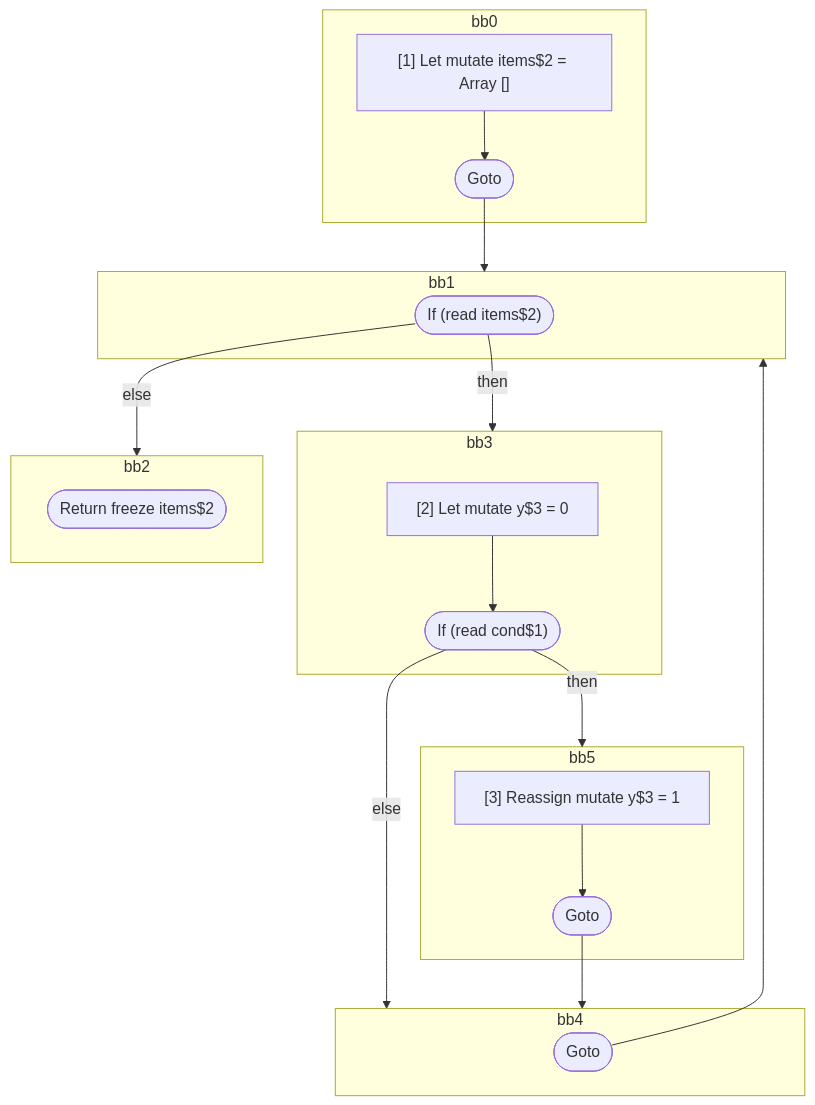
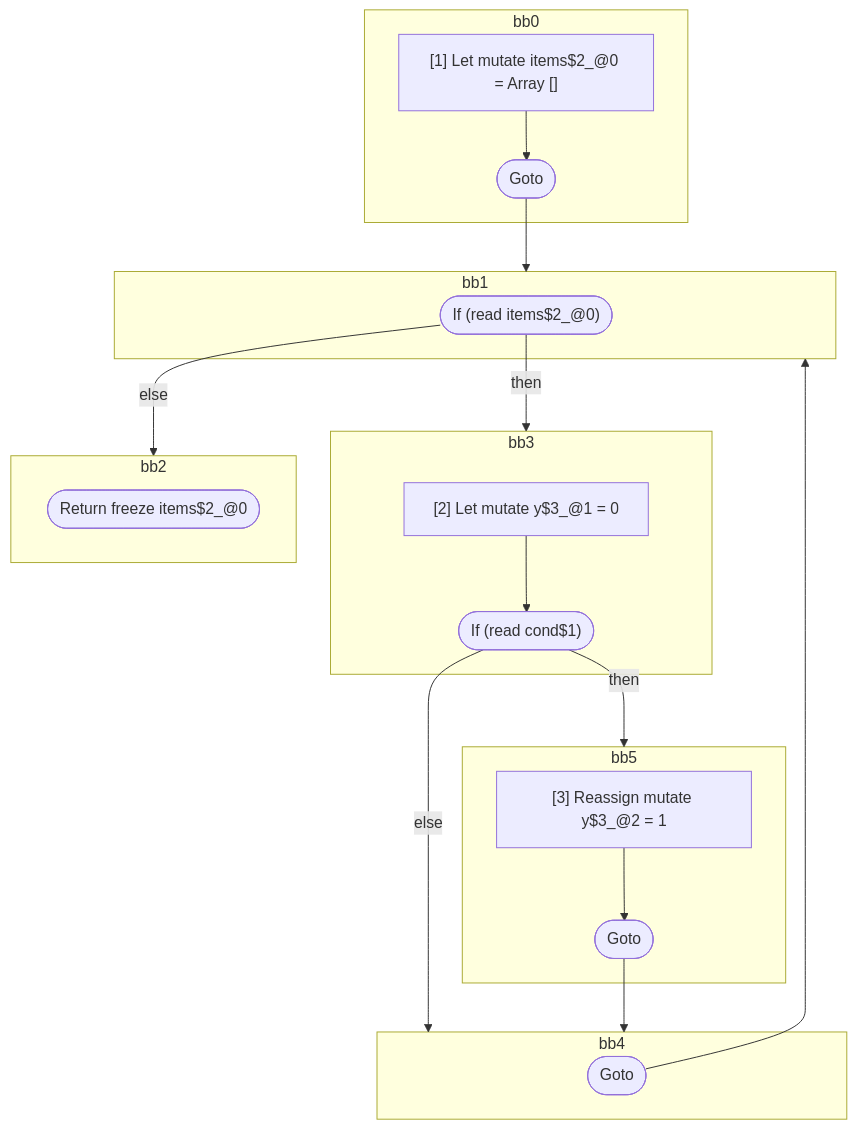
One commit to wutsmog/private changed the diagram in compiler/forget/src/__tests__/fixtures/hir/ssa-for-of.expect.md. Above: the diagram before and after it, drawn with Mermaid. The commit also changed other lines of this file and 60 other files, not shown here.

````diff
--- a/compiler/forget/src/__tests__/fixtures/hir/ssa-for-of.expect.md
+++ b/compiler/forget/src/__tests__/fixtures/hir/ssa-for-of.expect.md
@@ -45,41 +45,41 @@
 ```mermaid
 flowchart TB
   %% Basic Blocks
   subgraph bb0
     bb0_instrs["
-      [1] Let mutate items$2 = Array []
+      [1] Let mutate items$2_@0 = Array []
     "]
     bb0_instrs --> bb0_terminal(["Goto"])
   end
   subgraph bb1
-    bb1_terminal(["If (read items$2)"])
+    bb1_terminal(["If (read items$2_@0)"])
   end
   subgraph bb3
     bb3_instrs["
-      [2] Let mutate y$3 = 0
+      [2] Let mutate y$3_@1 = 0
     "]
     bb3_instrs --> bb3_terminal(["If (read cond$1)"])
   end
   subgraph bb5
     bb5_instrs["
-      [3] Reassign mutate y$3 = 1
+      [3] Reassign mutate y$3_@2 = 1
     "]
     bb5_instrs --> bb5_terminal(["Goto"])
   end
   subgraph bb4
     bb4_terminal(["Goto"])
   end
   subgraph bb2
-    bb2_terminal(["Return freeze items$2"])
+    bb2_terminal(["Return freeze items$2_@0"])
   end
 
   %% Jumps
   bb0_terminal --> bb1
   bb1_terminal -- then --> bb3
   bb1_terminal -- else --> bb2
   bb3_terminal -- then --> bb5
   bb3_terminal -- else --> bb4
   bb5_terminal --> bb4
   bb4_terminal --> bb1
 
 ```
````
